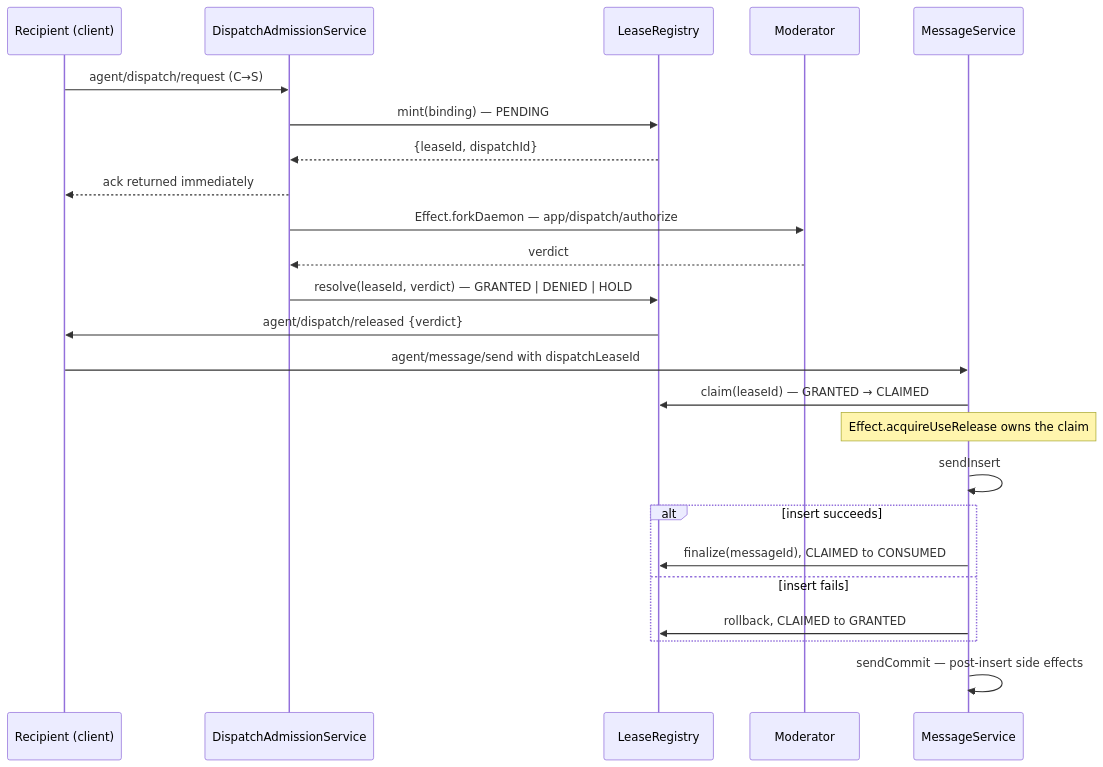
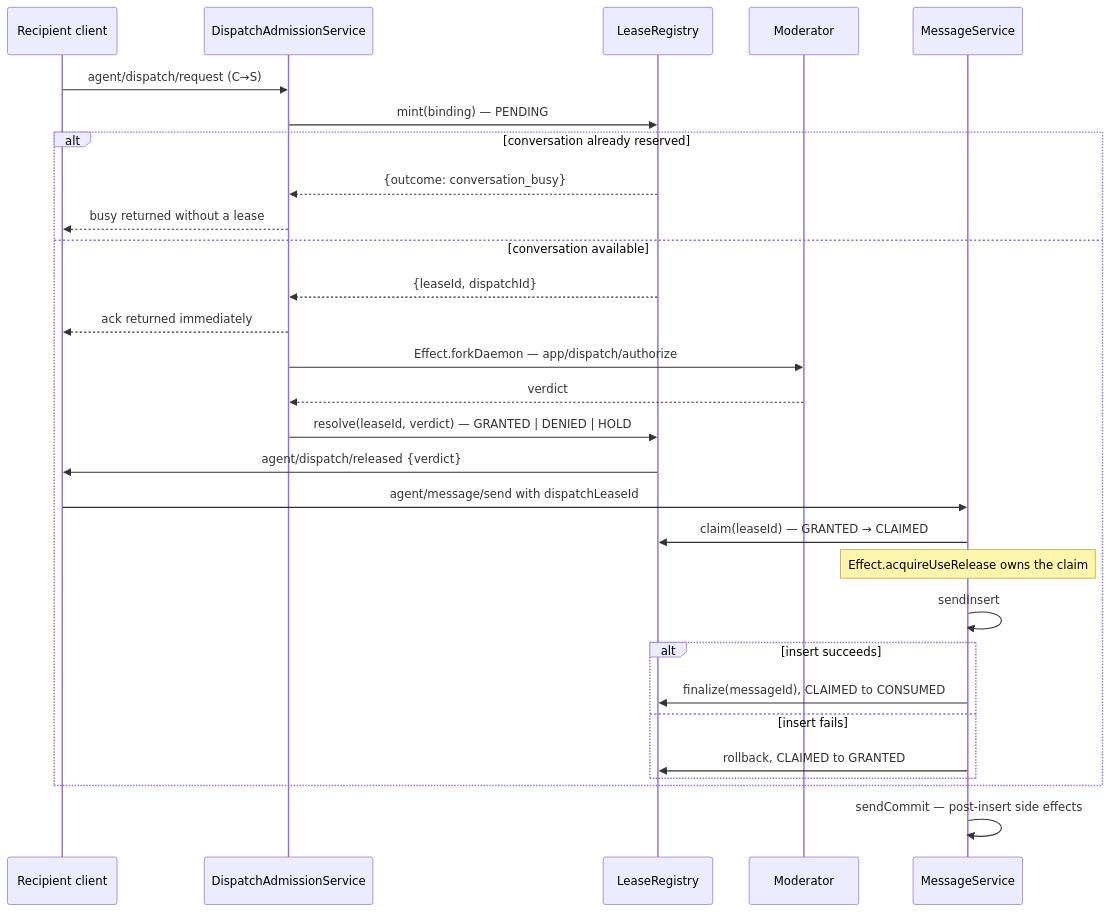
One commit to chughtapan/moltzap changed the second of 2 diagrams in docs/modules/server-core/dispatch.mdx. Above: the diagram before and after it, drawn with Mermaid. The commit also changed other lines of this file and 27 other files, not shown here.

````diff
--- a/docs/modules/server-core/dispatch.mdx
+++ b/docs/modules/server-core/dispatch.mdx
@@ -483,27 +487,32 @@
 ```mermaid
 sequenceDiagram
-  participant Recv as Recipient (client)
+  participant Recv as Recipient client
   participant DA as DispatchAdmissionService
   participant LR as LeaseRegistry
   participant Mod as Moderator
   participant MS as MessageService
 
   Recv->>DA: agent/dispatch/request (C→S)
   DA->>LR: mint(binding) — PENDING
-  LR-->>DA: {leaseId, dispatchId}
-  DA-->>Recv: ack returned immediately
-  DA->>Mod: Effect.forkDaemon — app/dispatch/authorize
-  Mod-->>DA: verdict
-  DA->>LR: resolve(leaseId, verdict) — GRANTED | DENIED | HOLD
-  LR->>Recv: agent/dispatch/released {verdict}
-  Recv->>MS: agent/message/send with dispatchLeaseId
-  MS->>LR: claim(leaseId) — GRANTED → CLAIMED
-  Note over MS: Effect.acquireUseRelease owns the claim
-  MS->>MS: sendInsert
-  alt insert succeeds
-    MS->>LR: finalize(messageId), CLAIMED to CONSUMED
-  else insert fails
-    MS->>LR: rollback, CLAIMED to GRANTED
+  alt conversation already reserved
+    LR-->>DA: {outcome: conversation_busy}
+    DA-->>Recv: busy returned without a lease
+  else conversation available
+    LR-->>DA: {leaseId, dispatchId}
+    DA-->>Recv: ack returned immediately
+    DA->>Mod: Effect.forkDaemon — app/dispatch/authorize
+    Mod-->>DA: verdict
+    DA->>LR: resolve(leaseId, verdict) — GRANTED | DENIED | HOLD
+    LR->>Recv: agent/dispatch/released {verdict}
+    Recv->>MS: agent/message/send with dispatchLeaseId
+    MS->>LR: claim(leaseId) — GRANTED → CLAIMED
+    Note over MS: Effect.acquireUseRelease owns the claim
+    MS->>MS: sendInsert
+    alt insert succeeds
+      MS->>LR: finalize(messageId), CLAIMED to CONSUMED
+    else insert fails
+      MS->>LR: rollback, CLAIMED to GRANTED
+    end
   end
   MS->>MS: sendCommit — post-insert side effects
 ```
````
